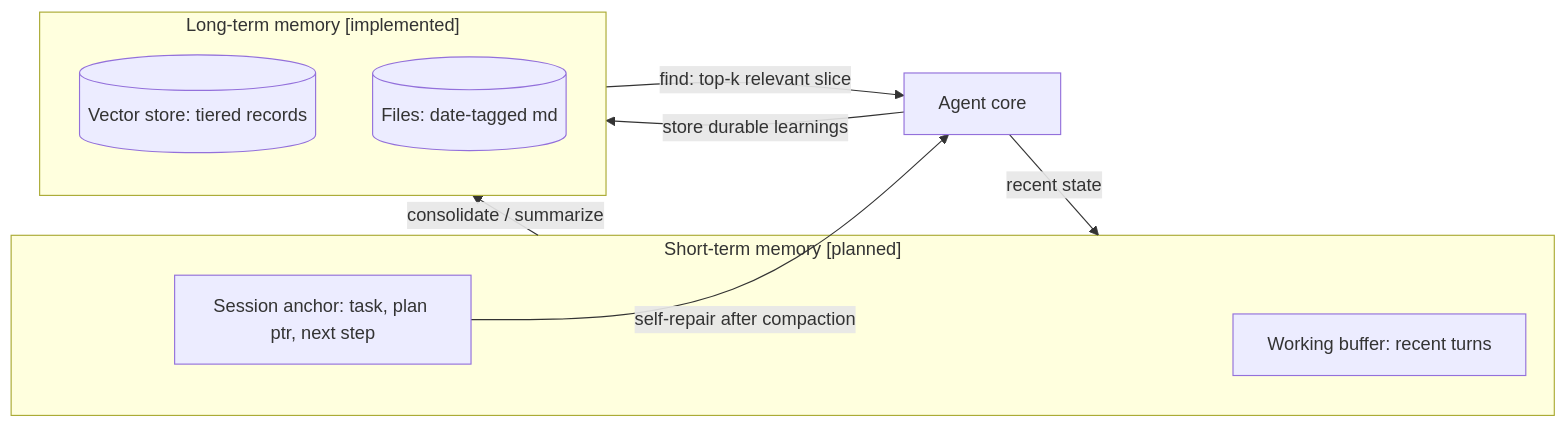
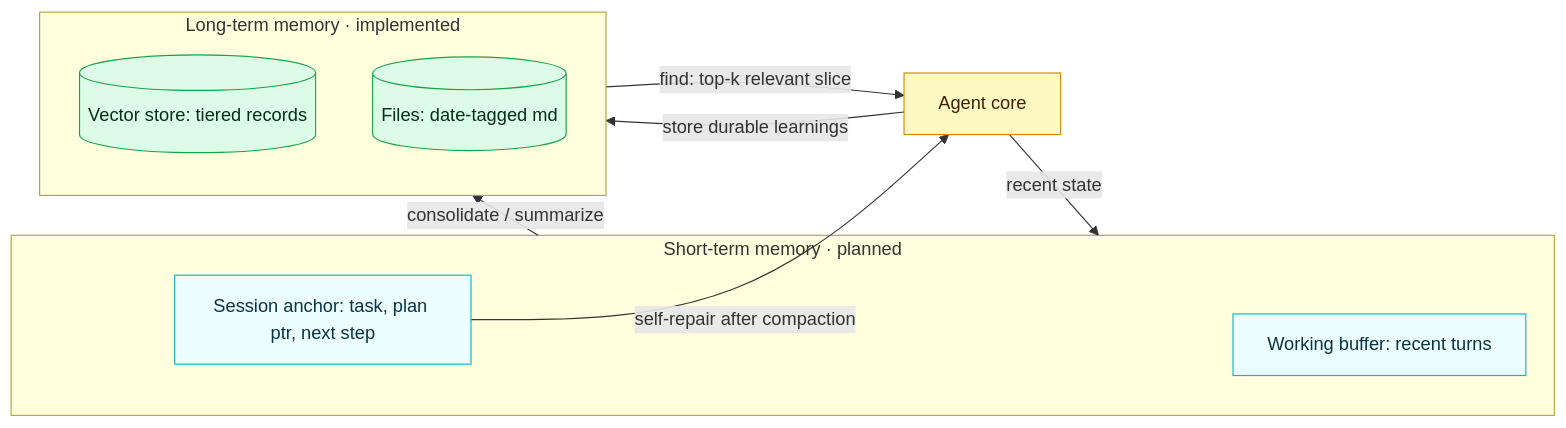
One commit to aquifer-labs/brunnr changed the first of 6 diagrams in docs/memory.md. Above: the diagram before and after it, drawn with Mermaid. The commit also changed other lines of this file and 2 other files, not shown here.

Commit message:
docs: fix KaTeX (operatorname->mathrm), broken mermaid pipe, dead/wrong reference links; style key diagrams
- memory.md: \mathrm for sim/RRF (GitHub KaTeX disallows \operatorname); fix Cormack RRF link
  (cormack.uwaterloo.ca), FAISS -> arXiv 1702.08734, Hogan KG -> arXiv 2003.02320; fix pipe in
  sequence diagram; color the memory overview.
- architecture.md: fix system-map node (pipe broke parsing) and add classDef styling/grouping.
- orchestration.md: drop dead FIPA URL (named standard); avoid '->' in edge labels; color blackboard.

````diff
--- a/docs/memory.md
+++ b/docs/memory.md
@@ -38,16 +38,21 @@
 ```mermaid
 flowchart LR
-  subgraph STM["Short-term memory [planned]"]
-    W[Working buffer: recent turns]
-    A[Session anchor: task, plan ptr, next step]
+  Agent[Agent core]:::agent
+  subgraph STM["Short-term memory · planned"]
+    W[Working buffer: recent turns]:::stm
+    A[Session anchor: task, plan ptr, next step]:::stm
   end
-  subgraph LTM["Long-term memory [implemented]"]
-    V[(Vector store: tiered records)]
-    F[(Files: date-tagged md)]
+  subgraph LTM["Long-term memory · implemented"]
+    V[(Vector store: tiered records)]:::ltm
+    F[(Files: date-tagged md)]:::ltm
   end
-  Agent[Agent core] -->|store durable learnings| LTM
+  Agent -->|store durable learnings| LTM
   Agent -->|recent state| STM
   STM -->|consolidate / summarize| LTM
   LTM -->|find: top-k relevant slice| Agent
   A -->|self-repair after compaction| Agent
+
+  classDef agent fill:#fef9c3,stroke:#ca8a04,color:#422006;
+  classDef stm fill:#ecfeff,stroke:#06b6d4,color:#083344;
+  classDef ltm fill:#dcfce7,stroke:#16a34a,color:#052e16;
 ```
````
